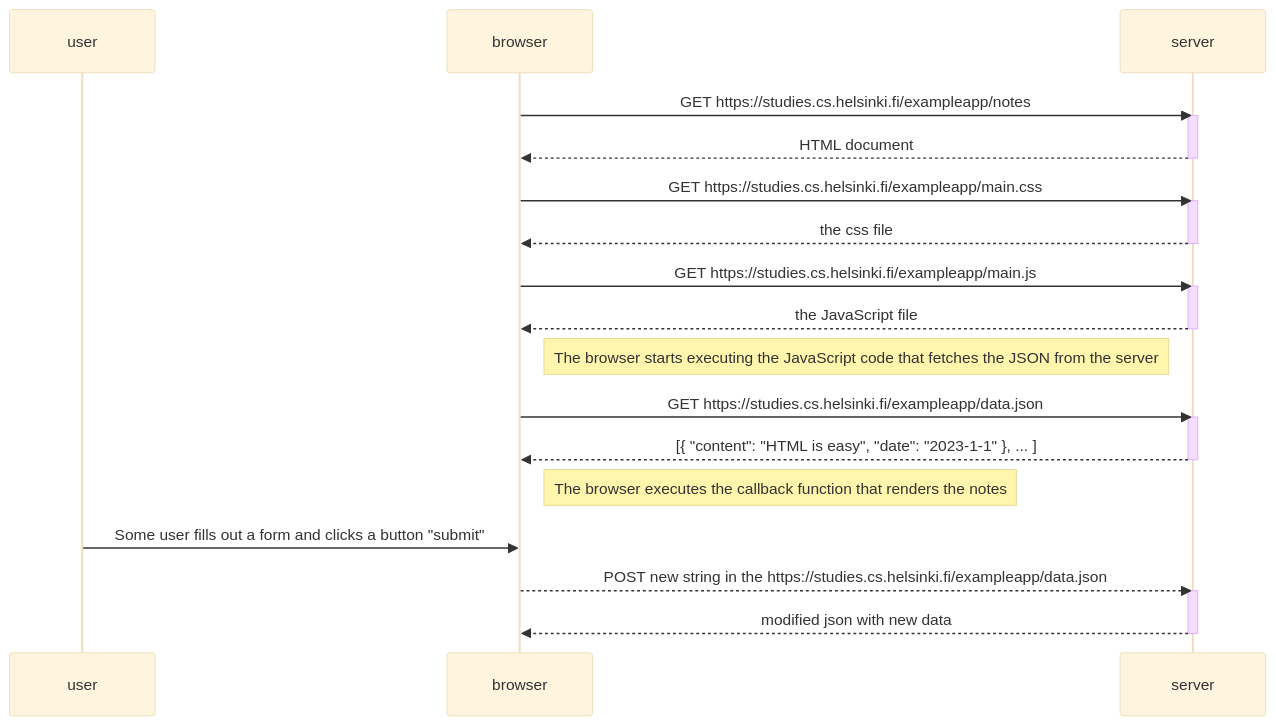
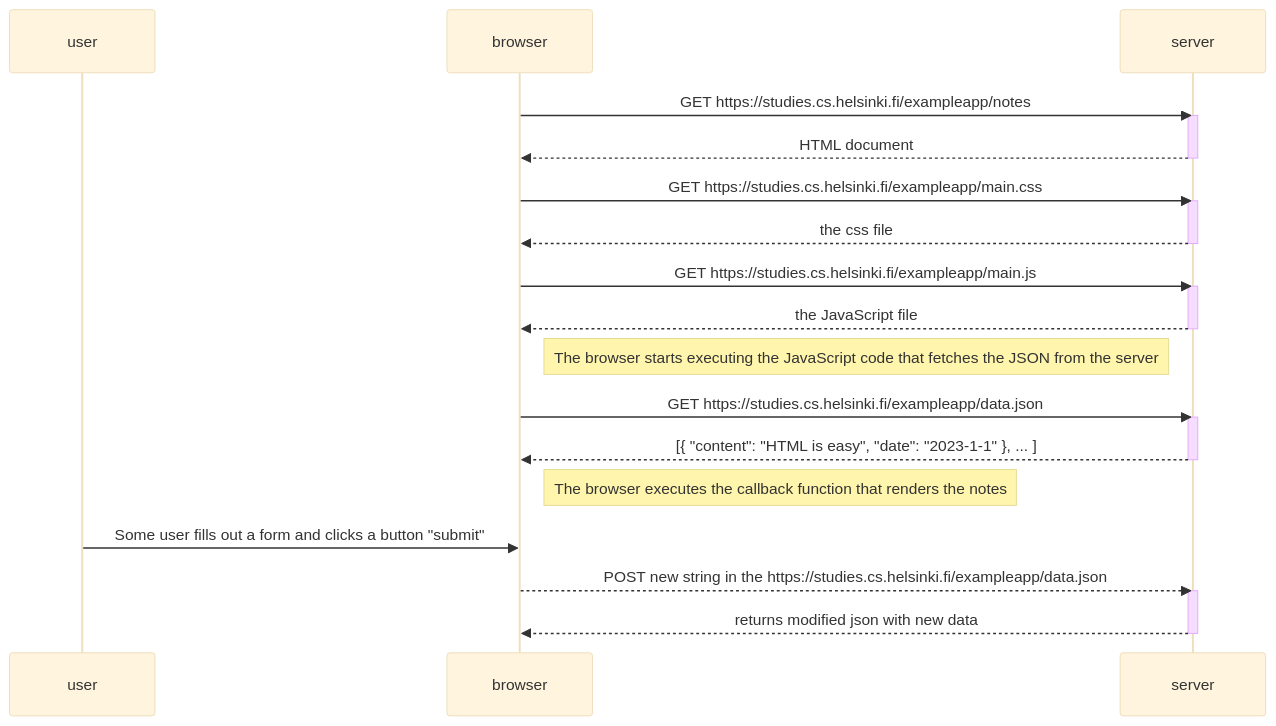
One commit to danilovmaster/fullstackopen changed the diagram in part0/4.md. Above: the diagram before and after it, drawn with Mermaid (base theme).

````diff
--- a/part0/4.md
+++ b/part0/4.md
@@ -1,36 +1,36 @@
 ```mermaid
 sequenceDiagram
     participant user
     participant browser
     participant server
 
     browser->>server: GET https://studies.cs.helsinki.fi/exampleapp/notes
     activate server
     server-->>browser: HTML document
     deactivate server
 
     browser->>server: GET https://studies.cs.helsinki.fi/exampleapp/main.css
     activate server
     server-->>browser: the css file
     deactivate server
 
     browser->>server: GET https://studies.cs.helsinki.fi/exampleapp/main.js
     activate server
     server-->>browser: the JavaScript file
     deactivate server
 
     Note right of browser: The browser starts executing the JavaScript code that fetches the JSON from the server
 
     browser->>server: GET https://studies.cs.helsinki.fi/exampleapp/data.json
     activate server
     server-->>browser: [{ "content": "HTML is easy", "date": "2023-1-1" }, ... ]
     deactivate server
 
     Note right of browser: The browser executes the callback function that renders the notes
     
     user->>browser: Some user fills out a form and clicks a button "submit"
     browser-->>server: POST new string in the https://studies.cs.helsinki.fi/exampleapp/data.json
     activate server
-    server-->>browser: modified json with new data
+    server-->>browser: returns modified json with new data
     deactivate server
 ```
````
